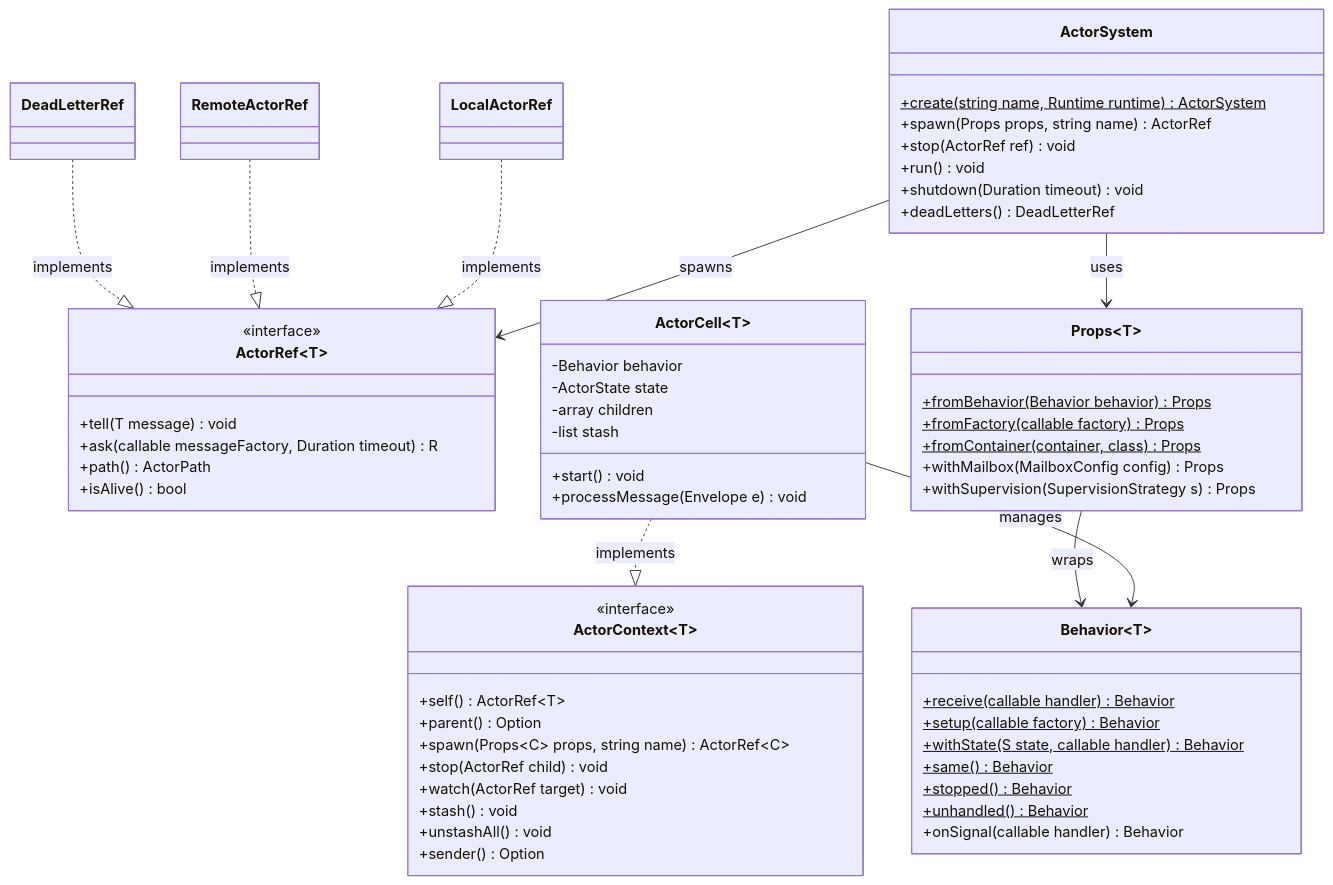
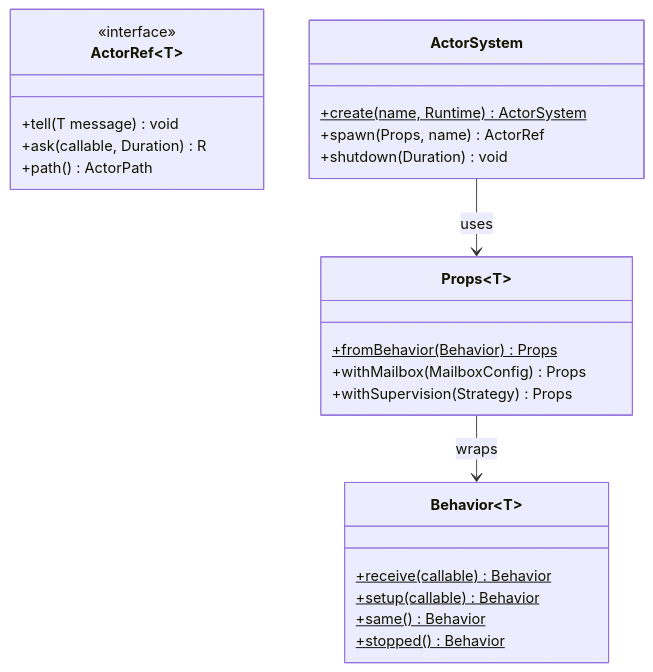
The first of 2 diagrams in website/docs/core-concepts/actors.md (nexus-actors/nexus), drawn with Mermaid before and after one commit. The commit also changed other lines of this file and 19 other files, not shown here.

First line of the commit message:
refactor: simplify diagrams, remove benchmark viz, use Swoole 6.2.0-rc1

````diff
--- a/website/docs/core-concepts/actors.md
+++ b/website/docs/core-concepts/actors.md
@@ -10,67 +13,31 @@
 ```mermaid
 classDiagram
     class ActorRef~T~ {
         <<interface>>
         +tell(T message) void
-        +ask(callable messageFactory, Duration timeout) R
+        +ask(callable, Duration) R
         +path() ActorPath
-        +isAlive() bool
-    }
-
-    class ActorContext~T~ {
-        <<interface>>
-        +self() ActorRef~T~
-        +parent() Option
-        +spawn(Props~C~ props, string name) ActorRef~C~
-        +stop(ActorRef child) void
-        +watch(ActorRef target) void
-        +stash() void
-        +unstashAll() void
-        +sender() Option
     }
 
     class Behavior~T~ {
-        +receive(callable handler)$ Behavior
-        +setup(callable factory)$ Behavior
-        +withState(S state, callable handler)$ Behavior
+        +receive(callable)$ Behavior
+        +setup(callable)$ Behavior
         +same()$ Behavior
         +stopped()$ Behavior
-        +unhandled()$ Behavior
-        +onSignal(callable handler) Behavior
     }
 
     class Props~T~ {
-        +fromBehavior(Behavior behavior)$ Props
-        +fromFactory(callable factory)$ Props
-        +fromContainer(container, class)$ Props
-        +withMailbox(MailboxConfig config) Props
-        +withSupervision(SupervisionStrategy s) Props
+        +fromBehavior(Behavior)$ Props
+        +withMailbox(MailboxConfig) Props
+        +withSupervision(Strategy) Props
     }
 
     class ActorSystem {
-        +create(string name, Runtime runtime)$ ActorSystem
-        +spawn(Props props, string name) ActorRef
-        +stop(ActorRef ref) void
-        +run() void
-        +shutdown(Duration timeout) void
-        +deadLetters() DeadLetterRef
+        +create(name, Runtime)$ ActorSystem
+        +spawn(Props, name) ActorRef
+        +shutdown(Duration) void
     }
 
-    class ActorCell~T~ {
-        -Behavior behavior
-        -ActorState state
-        -array children
-        -list stash
-        +start() void
-        +processMessage(Envelope e) void
-    }
-
-    ActorSystem --> ActorRef : spawns
     ActorSystem --> Props : uses
-    ActorCell ..|> ActorContext : implements
-    ActorCell --> Behavior : manages
     Props --> Behavior : wraps
-    LocalActorRef ..|> ActorRef : implements
-    RemoteActorRef ..|> ActorRef : implements
-    DeadLetterRef ..|> ActorRef : implements
 ```
````
